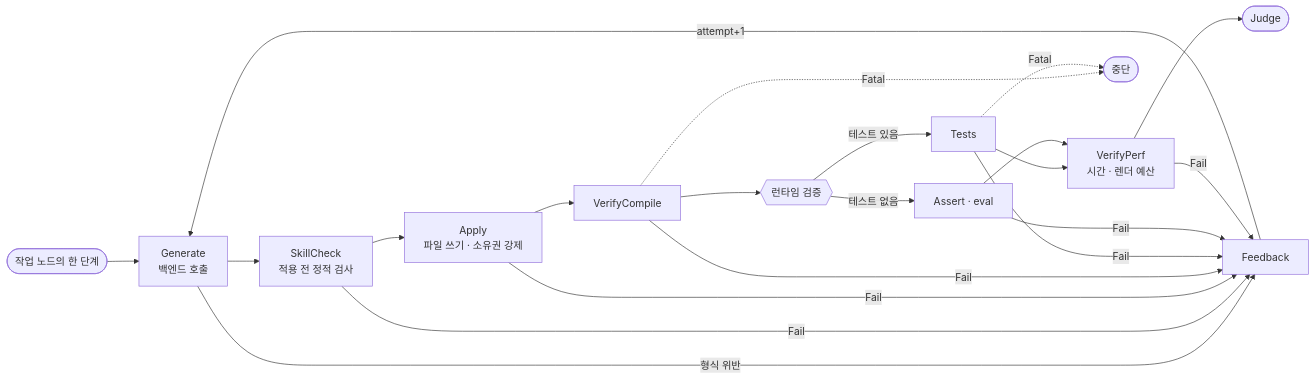
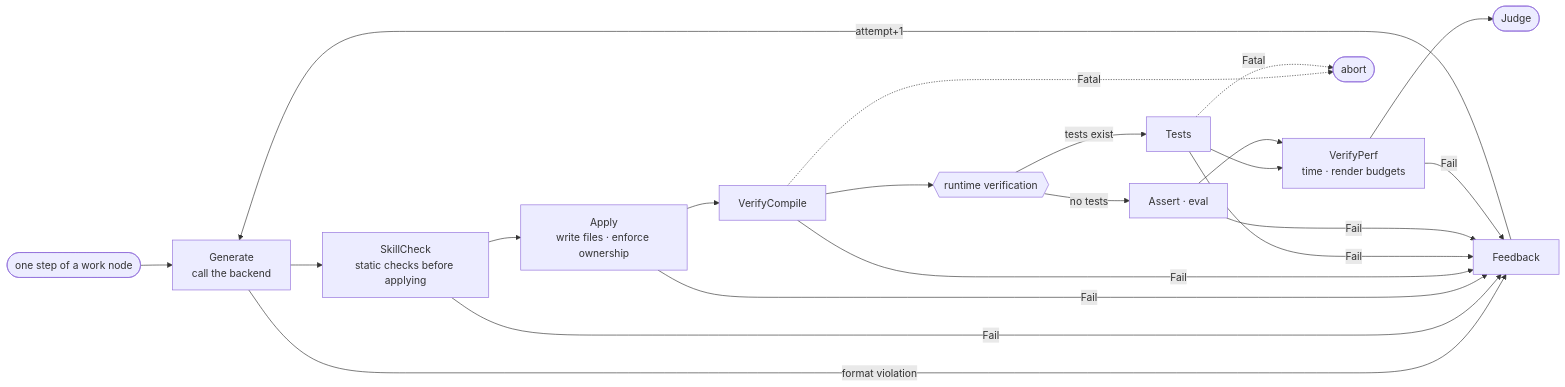
The fifth of 11 diagrams in docs/ARCHITECTURE.md (SeoBYP/GameDev-AgentLoop), drawn with Mermaid before and after one commit. The commit also changed other lines of this file and 21 other files, not shown here.

First line of the commit message:
오픈소스화 3단계 — 런타임 출력 영어 통일 + ARCHITECTURE 영어판

````diff
--- a/docs/ARCHITECTURE.md
+++ b/docs/ARCHITECTURE.md
@@ -275,25 +283,25 @@
 ```mermaid
 flowchart LR
-    S([작업 노드의 한 단계]) --> GEN["Generate<br/>백엔드 호출"]
-    GEN -->|"형식 위반"| FB
-    GEN --> GATE["SkillCheck<br/>적용 전 정적 검사"]
-    GATE --> AP["Apply<br/>파일 쓰기 · 소유권 강제"]
+    S([one step of a work node]) --> GEN["Generate<br/>call the backend"]
+    GEN -->|"format violation"| FB
+    GEN --> GATE["SkillCheck<br/>static checks before applying"]
+    GATE --> AP["Apply<br/>write files · enforce ownership"]
     AP --> VC["VerifyCompile"]
-    VC --> VR{{"런타임 검증"}}
-    VR -->|"테스트 있음"| VT["Tests"]
-    VR -->|"테스트 없음"| VA["Assert · eval"]
-    VT --> VP["VerifyPerf<br/>시간 · 렌더 예산"]
+    VC --> VR{{"runtime verification"}}
+    VR -->|"tests exist"| VT["Tests"]
+    VR -->|"no tests"| VA["Assert · eval"]
+    VT --> VP["VerifyPerf<br/>time · render budgets"]
     VA --> VP
     VP --> J([Judge])
 
     GATE -->|Fail| FB["Feedback"]
     AP -->|Fail| FB
     VC -->|Fail| FB
     VT -->|Fail| FB
     VA -->|Fail| FB
     VP -->|Fail| FB
     FB -->|"attempt+1"| GEN
 
-    VC -.->|Fatal| AB([중단])
+    VC -.->|Fatal| AB([abort])
     VT -.->|Fatal| AB
 ```
````
